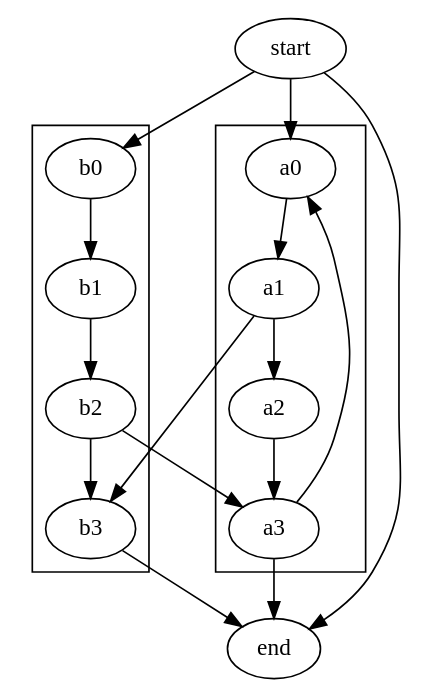
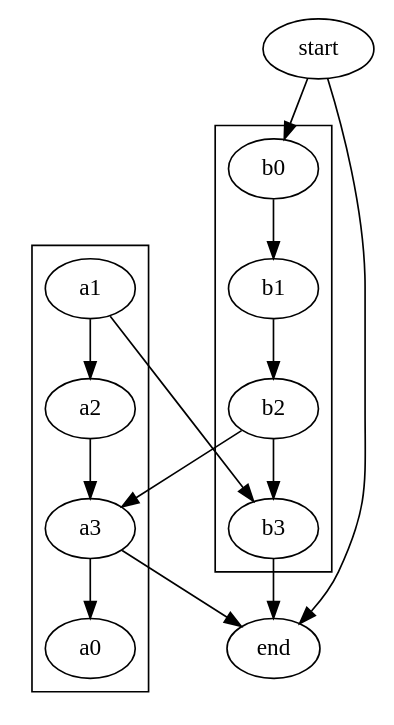
One commit to stefanrinderle/SoftViz3D changed the diagram in x3d/subgraph.dot. Above: the diagram before and after it, drawn with Graphviz. The commit also changed 12 other files, not shown here.

```diff
--- a/x3d/subgraph.dot
+++ b/x3d/subgraph.dot
@@ -1,16 +1,16 @@
 digraph G {
 	subgraph cluster_0 {
-		a0 -> a1 -> a2 -> a3;
+		a0;
+		a1 -> a2 -> a3;
 	}
 	subgraph cluster_1 {
 		b0 -> b1 -> b2 -> b3;
 	}
-	start -> a0;
 	start -> b0;
 	a1 -> b3;
 	b2 -> a3;
 	a3 -> a0;
 	a3 -> end;
 	b3 -> end;
 	start -> end;
 }
```
